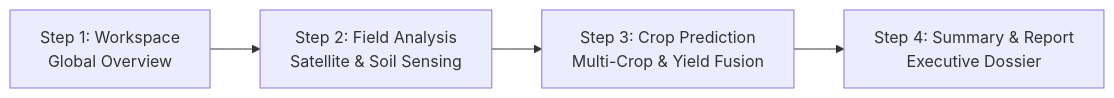
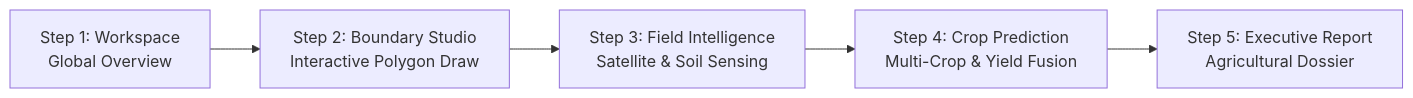
The first of 2 diagrams in README.md (lokeshpuma/GeoAgri), drawn with Mermaid before and after one commit. The commit also changed other lines of this file and 11 other files, not shown here.

Commit message:
P8: complete useBoundaryDraw, shortcuts, documentation, and final verification

````diff
--- a/README.md
+++ b/README.md
@@ -114,6 +114,7 @@
 ```mermaid
 graph LR
-    S1[Step 1: Workspace<br/>Global Overview] --> S2[Step 2: Field Analysis<br/>Satellite & Soil Sensing]
-    S2 --> S3[Step 3: Crop Prediction<br/>Multi-Crop & Yield Fusion]
-    S3 --> S4[Step 4: Summary & Report<br/>Executive Dossier]
+    S1[Step 1: Workspace<br/>Global Overview] --> S2[Step 2: Boundary Studio<br/>Interactive Polygon Draw]
+    S2 --> S3[Step 3: Field Intelligence<br/>Satellite & Soil Sensing]
+    S3 --> S4[Step 4: Crop Prediction<br/>Multi-Crop & Yield Fusion]
+    S4 --> S5[Step 5: Executive Report<br/>Agricultural Dossier]
 ```
````
